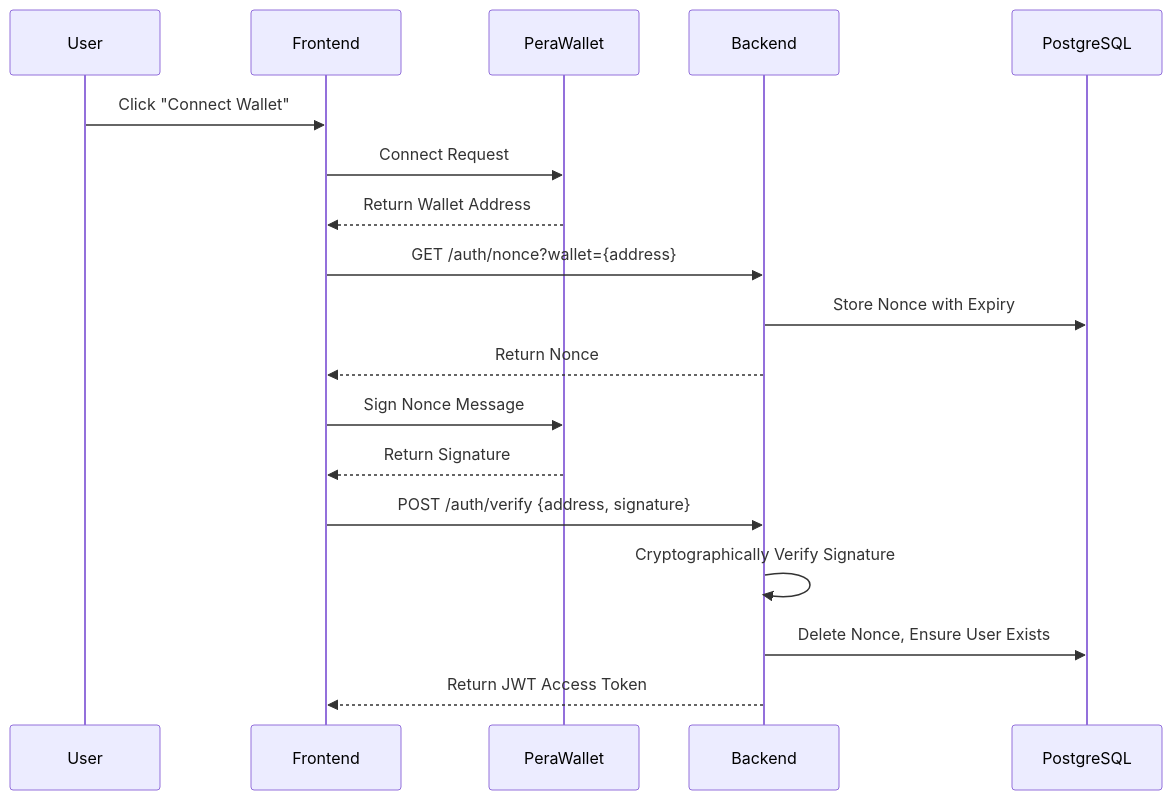
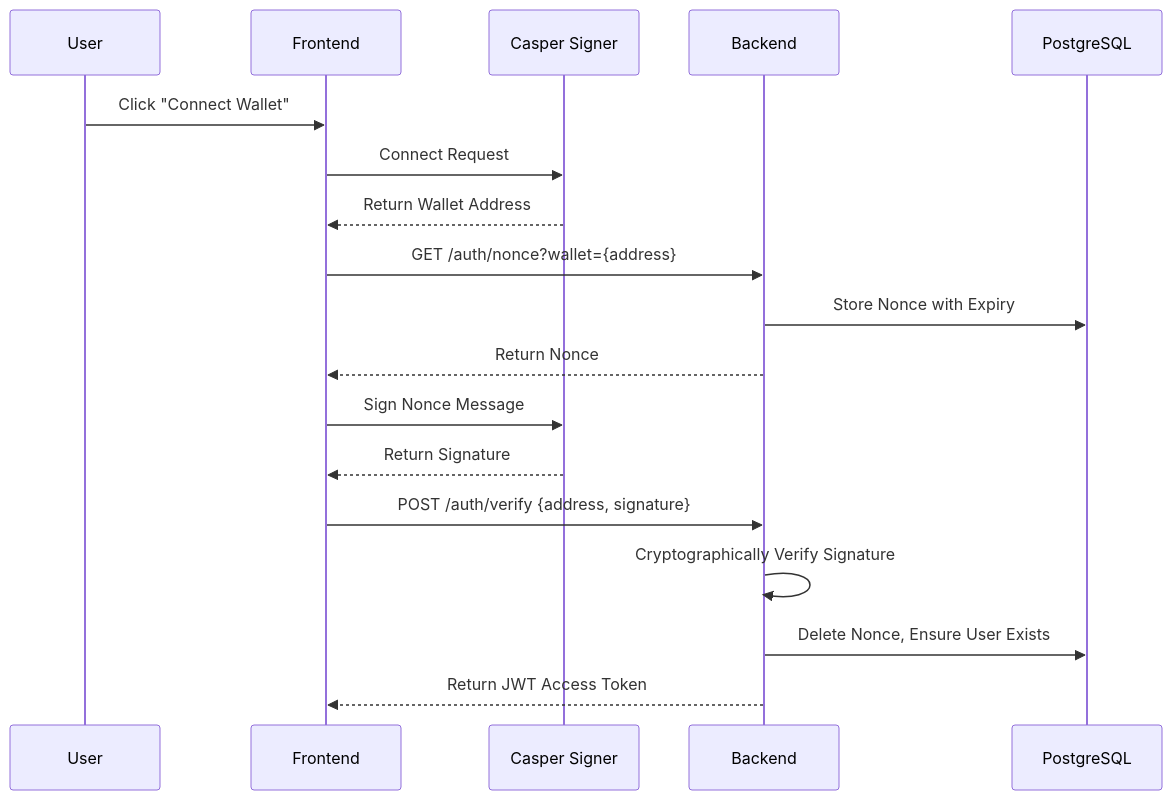
One commit to WPrasad99/X402_PayPerUseAi_Casper-Hackathon changed the second of 4 diagrams in docs/ARCHITECTURE.md. Above: the diagram before and after it, drawn with Mermaid. The commit also changed other lines of this file and 13 other files, not shown here.

````diff
--- a/docs/ARCHITECTURE.md
+++ b/docs/ARCHITECTURE.md
@@ -92,21 +92,21 @@
 ```mermaid
 sequenceDiagram
     participant User
     participant Frontend
-    participant PeraWallet
+    participant Casper Signer
     participant Backend
     participant DB as PostgreSQL
 
     User->>Frontend: Click "Connect Wallet"
-    Frontend->>PeraWallet: Connect Request
-    PeraWallet-->>Frontend: Return Wallet Address
+    Frontend->>Casper Signer: Connect Request
+    Casper Signer-->>Frontend: Return Wallet Address
     Frontend->>Backend: GET /auth/nonce?wallet={address}
     Backend->>DB: Store Nonce with Expiry
     Backend-->>Frontend: Return Nonce
-    Frontend->>PeraWallet: Sign Nonce Message
-    PeraWallet-->>Frontend: Return Signature
+    Frontend->>Casper Signer: Sign Nonce Message
+    Casper Signer-->>Frontend: Return Signature
     Frontend->>Backend: POST /auth/verify {address, signature}
     Backend->>Backend: Cryptographically Verify Signature
     Backend->>DB: Delete Nonce, Ensure User Exists
     Backend-->>Frontend: Return JWT Access Token
 ```
````
